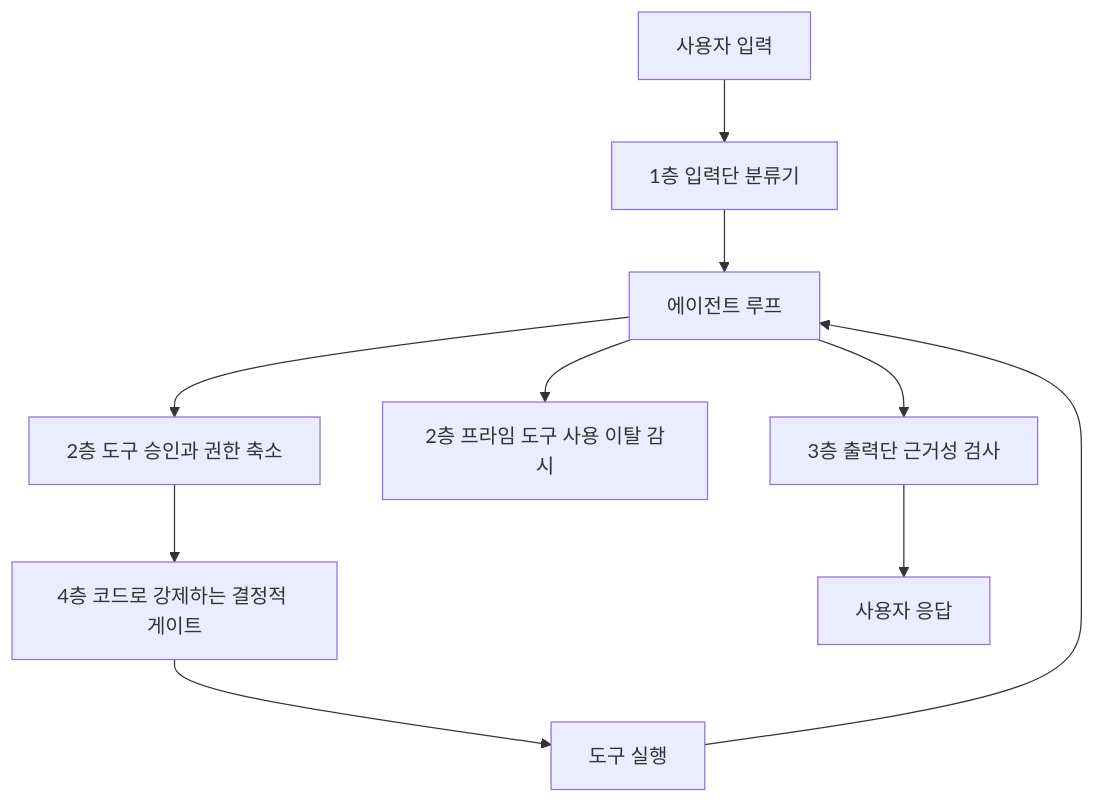
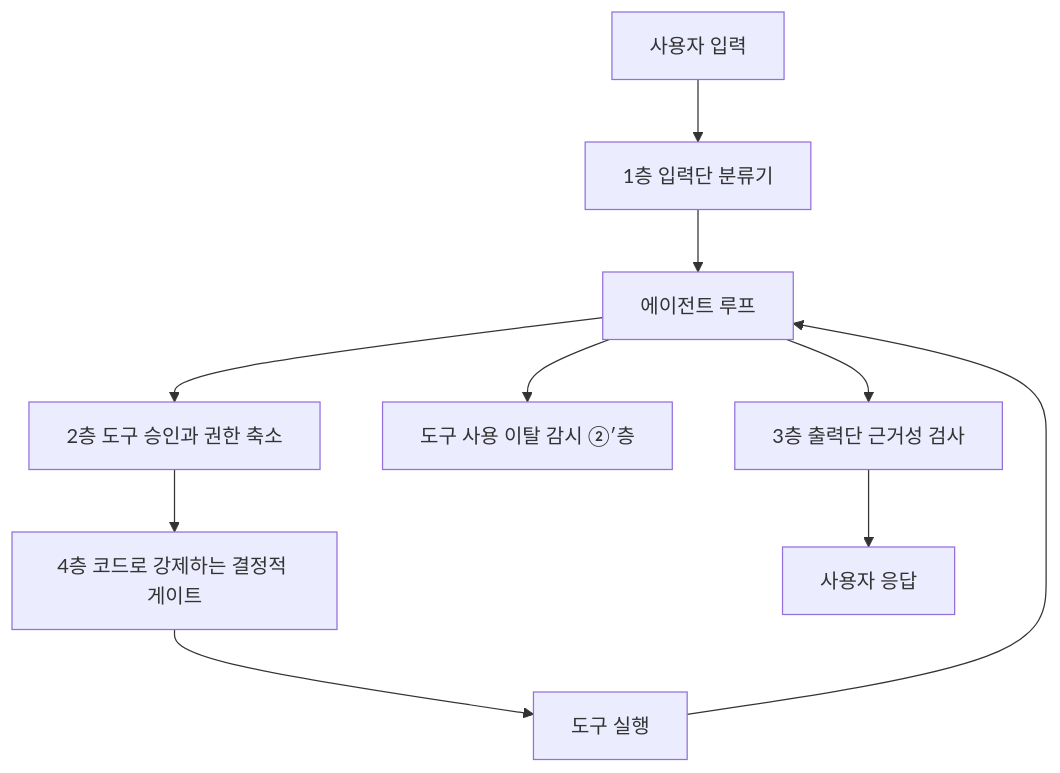
The diagram in ai-agent-development/chapters/10_draft.md (tobyilee/book-writer), drawn with Mermaid before and after one commit. The commit also changed other lines of this file and 11 other files, not shown here.

````diff
--- a/ai-agent-development/chapters/10_draft.md
+++ b/ai-agent-development/chapters/10_draft.md
@@ -23,12 +23,12 @@
 ```mermaid
 flowchart TD
   U[사용자 입력] --> L1[1층 입력단 분류기]
   L1 --> A[에이전트 루프]
   A --> L2[2층 도구 승인과 권한 축소]
   L2 --> L4[4층 코드로 강제하는 결정적 게이트]
   L4 --> T[도구 실행]
   T --> A
-  A --> M[2층 프라임 도구 사용 이탈 감시]
+  A --> M[도구 사용 이탈 감시 ②′층]
   A --> L3[3층 출력단 근거성 검사]
   L3 --> R[사용자 응답]
 ```
````
